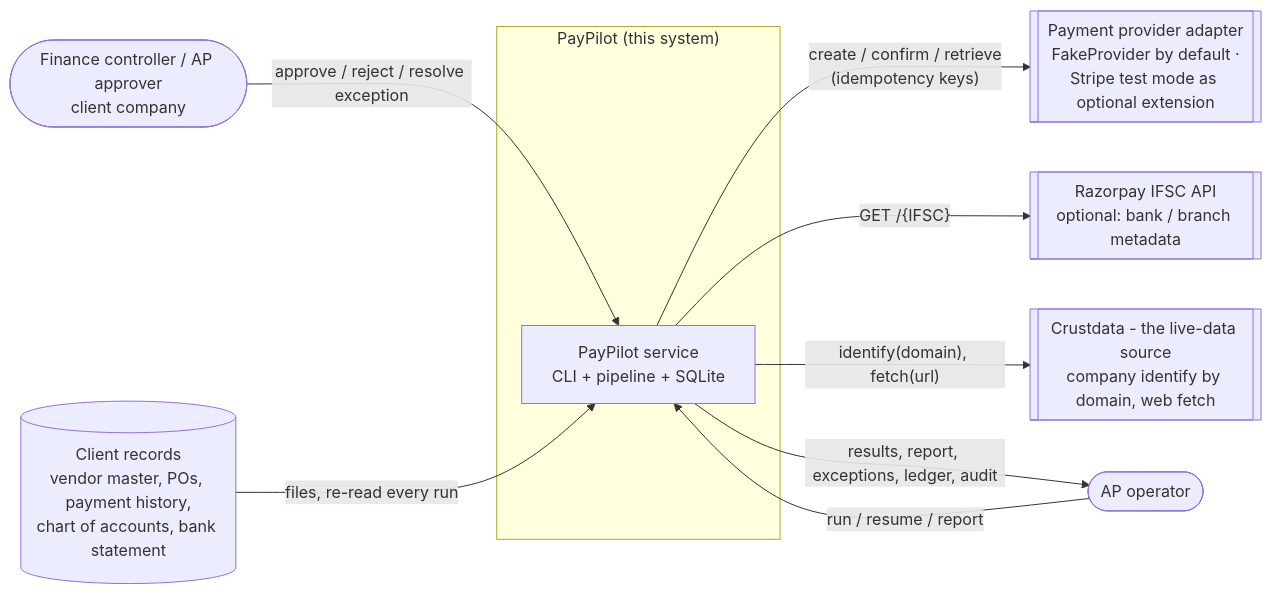
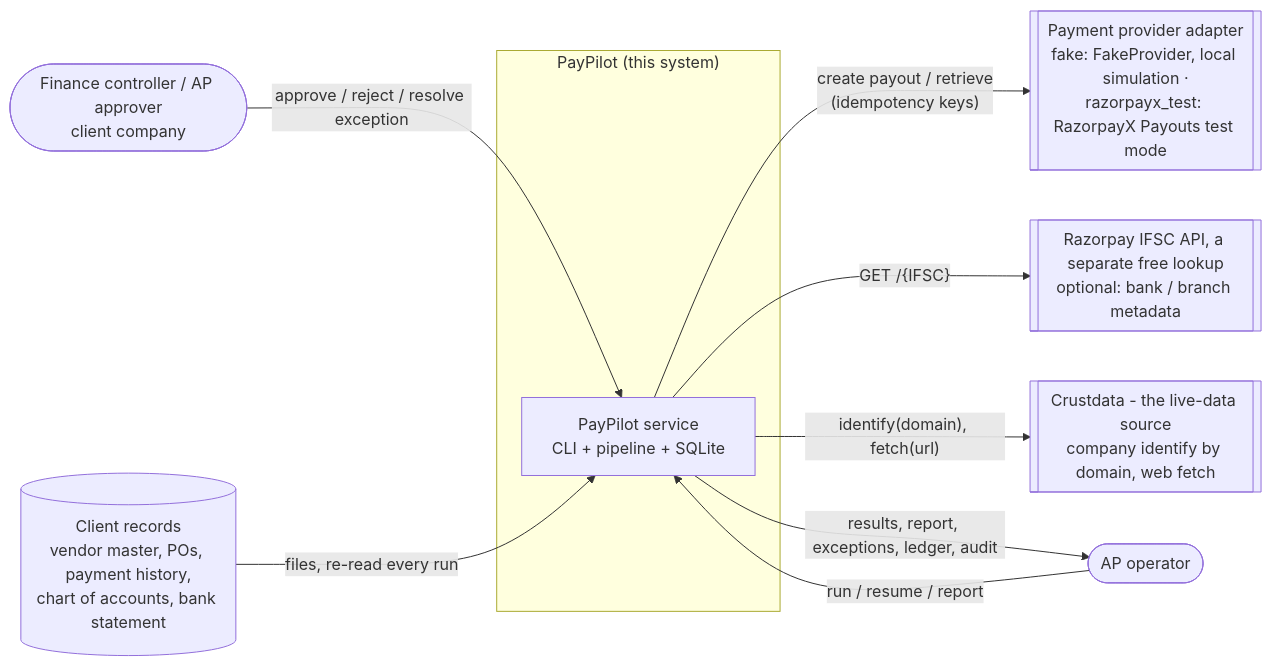
Before and after one commit to cypher-daemon/ContextCon_Hackathon: the first of 9 diagrams in docs/ARCHITECTURE.md, drawn with Mermaid. The commit also changed other lines of this file and 10 other files, not shown here.

First line of the commit message:
docs: plan v4.2 - RazorpayX test-mode payouts, payment state semantics

````diff
--- a/docs/ARCHITECTURE.md
+++ b/docs/ARCHITECTURE.md
@@ -29,19 +29,19 @@
 ```mermaid
 flowchart LR
   FIN([Finance controller / AP approver<br/>client company])
   OPS([AP operator])
   subgraph PP["PayPilot (this system)"]
     CORE[PayPilot service<br/>CLI + pipeline + SQLite]
   end
   REC[(Client records<br/>vendor master, POs, payment history,<br/>chart of accounts, bank statement)]
-  STRIPE[[Payment provider adapter<br/>FakeProvider by default ·<br/>Stripe test mode as optional extension]]
-  IFSC[[Razorpay IFSC API<br/>optional: bank / branch metadata]]
+  PROV[[Payment provider adapter<br/>fake: FakeProvider, local simulation ·<br/>razorpayx_test: RazorpayX Payouts test mode]]
+  IFSC[[Razorpay IFSC API, a separate free lookup<br/>optional: bank / branch metadata]]
   CRU[[Crustdata - the live-data source<br/>company identify by domain, web fetch]]
   OPS -- "run / resume / report" --> CORE
   FIN -- "approve / reject / resolve exception" --> CORE
   REC -- "files, re-read every run" --> CORE
-  CORE -- "create / confirm / retrieve<br/>(idempotency keys)" --> STRIPE
+  CORE -- "create payout / retrieve<br/>(idempotency keys)" --> PROV
   CORE -- "GET /{IFSC}" --> IFSC
   CORE -- "identify(domain), fetch(url)" --> CRU
   CORE -- "results, report, exceptions, ledger, audit" --> OPS
 ```
````
